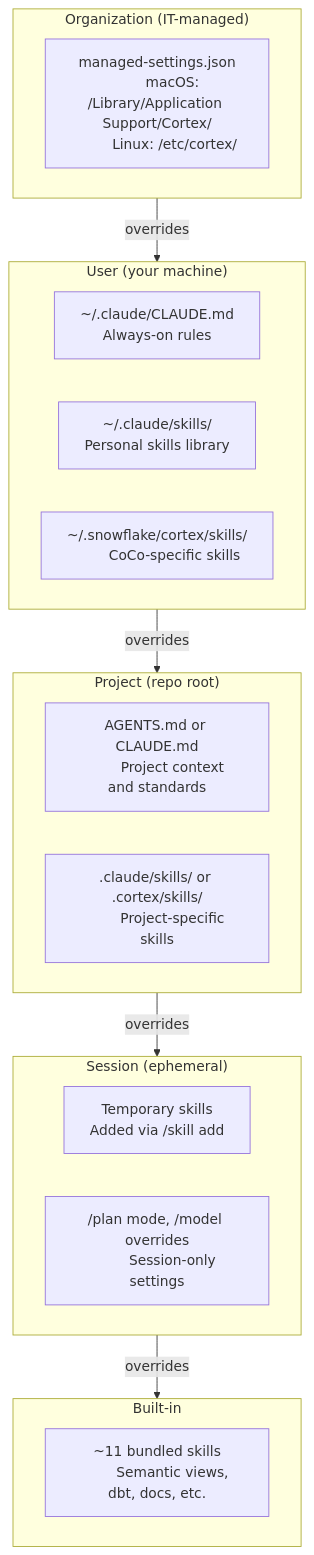
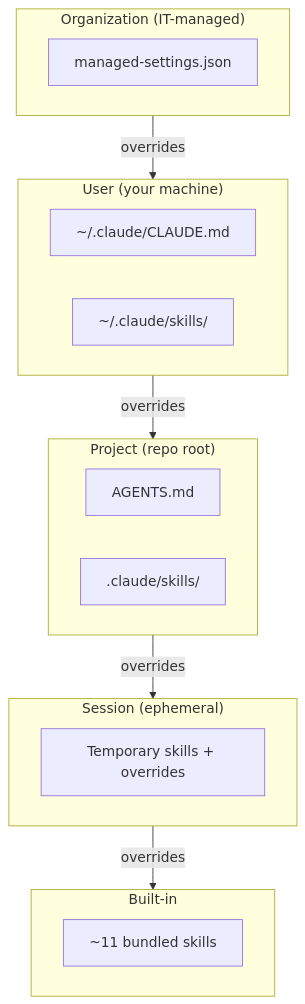
One commit to sfc-gh-miwhitaker/sfe-public changed the second of 2 diagrams in guide-coco-setup/README.md. Above: the diagram before and after it, drawn with Mermaid. The commit also changed other lines of this file and 44 other files, not shown here.

````diff
--- a/guide-coco-setup/README.md
+++ b/guide-coco-setup/README.md
@@ -119,41 +95,29 @@
 ```mermaid
 flowchart TB
     subgraph org ["Organization (IT-managed)"]
-        ManagedSettings["managed-settings.json
-        macOS: /Library/Application Support/Cortex/
-        Linux: /etc/cortex/"]
+        ManagedSettings["managed-settings.json"]
     end
 
     subgraph user ["User (your machine)"]
-        UserClaude["~/.claude/CLAUDE.md
-        Always-on rules"]
-        UserSkills["~/.claude/skills/
-        Personal skills library"]
-        UserCortex["~/.snowflake/cortex/skills/
-        CoCo-specific skills"]
+        UserClaude["~/.claude/CLAUDE.md"]
+        UserSkills["~/.claude/skills/"]
     end
 
     subgraph project ["Project (repo root)"]
-        AgentsMd["AGENTS.md or CLAUDE.md
-        Project context and standards"]
-        ProjectSkills[".claude/skills/ or .cortex/skills/
-        Project-specific skills"]
+        AgentsMd["AGENTS.md"]
+        ProjectSkills[".claude/skills/"]
     end
 
     subgraph session ["Session (ephemeral)"]
-        TempSkills["Temporary skills
-        Added via /skill add"]
-        SessionConfig["/plan mode, /model overrides
-        Session-only settings"]
+        TempSkills["Temporary skills + overrides"]
     end
 
     subgraph builtin ["Built-in"]
-        BundledSkills["~11 bundled skills
-        Semantic views, dbt, docs, etc."]
+        BundledSkills["~11 bundled skills"]
     end
 
     org -->|"overrides"| user
     user -->|"overrides"| project
     project -->|"overrides"| session
     session -->|"overrides"| builtin
 ```
````
